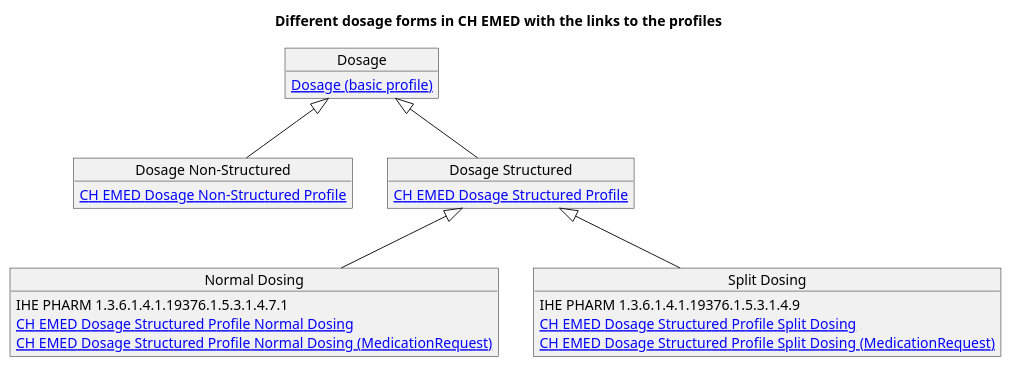
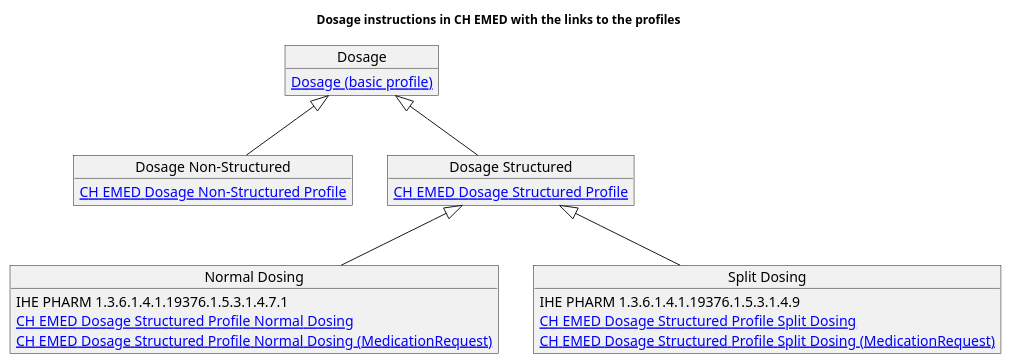
One commit to hl7ch/ch-emed changed the diagram in input/images-source/dosage.plantuml. Above: the diagram before and after it, drawn with PlantUML. The commit also changed 1 other file, not shown here.

Commit message:
add links, resize title

```diff
--- a/input/images-source/dosage.plantuml
+++ b/input/images-source/dosage.plantuml
@@ -1,30 +1,32 @@
 @startuml
 
 skinparam svgDimensionStyle false
-title Different dosage forms in CH EMED with the links to the profiles
+
+title Dosage instructions in CH EMED with the links to the profiles
+skinparam titleFontSize 12
 
 object "Dosage" as dosage {
   [[http://hl7.org/fhir/StructureDefinition/Dosage Dosage (basic profile)]]
 }
 object "Dosage Non-Structured" as dosagenonstructured {
   [[StructureDefinition-ch-emed-dosage-nonstructured.html CH EMED Dosage Non-Structured Profile]]
 }
 object "Dosage Structured" as dosagestructured {
   [[StructureDefinition-ch-emed-dosage-structured.html CH EMED Dosage Structured Profile]]
 }
 object "Normal Dosing" as dosagestructurednormal {
   IHE PHARM 1.3.6.1.4.1.19376.1.5.3.1.4.7.1
   [[StructureDefinition-ch-emed-dosage-structured-normal.html CH EMED Dosage Structured Profile Normal Dosing]]
   [[StructureDefinition-ch-emed-dosage-structured-normal-medicationrequest.html CH EMED Dosage Structured Profile Normal Dosing (MedicationRequest)]]
 }
 object "Split Dosing" as dosagestructuredsplit {
   IHE PHARM 1.3.6.1.4.1.19376.1.5.3.1.4.9
   [[StructureDefinition-ch-emed-dosage-structured-split.html CH EMED Dosage Structured Profile Split Dosing]]
   [[StructureDefinition-ch-emed-dosage-structured-split-medicationrequest.html CH EMED Dosage Structured Profile Split Dosing (MedicationRequest)]]
 }
 
 dosage <|-- dosagenonstructured
 dosage <|-- dosagestructured
 dosagestructured <|-- dosagestructurednormal
 dosagestructured <|-- dosagestructuredsplit
 @enduml
```
